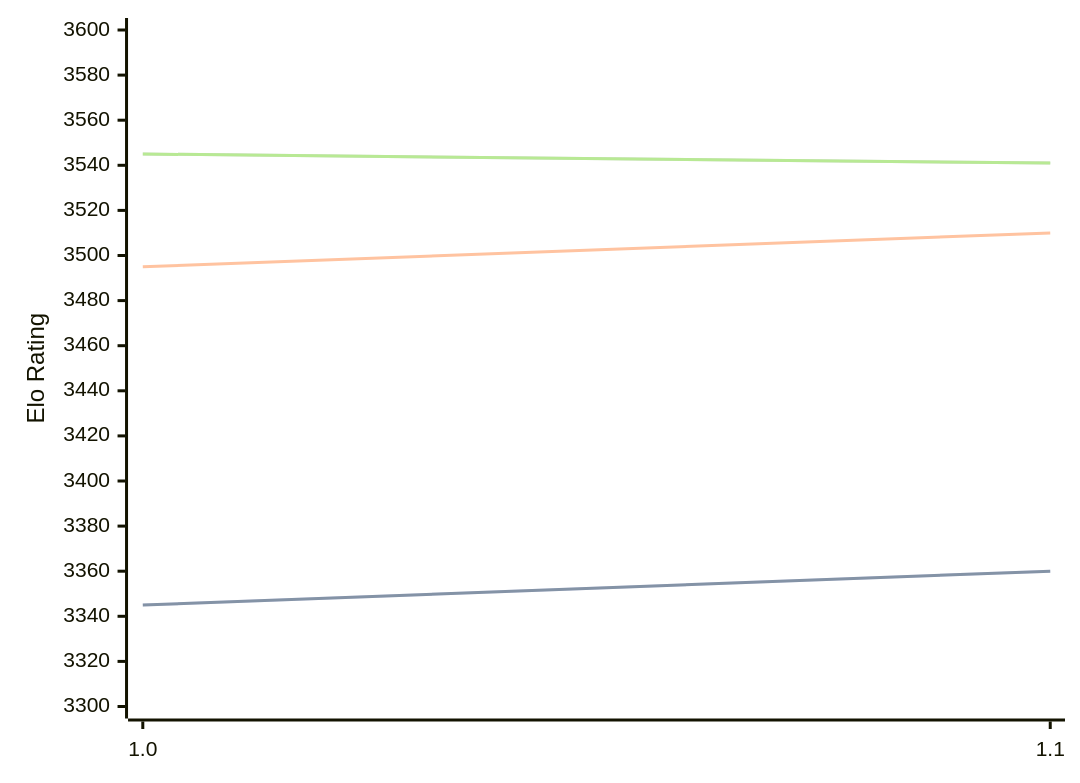
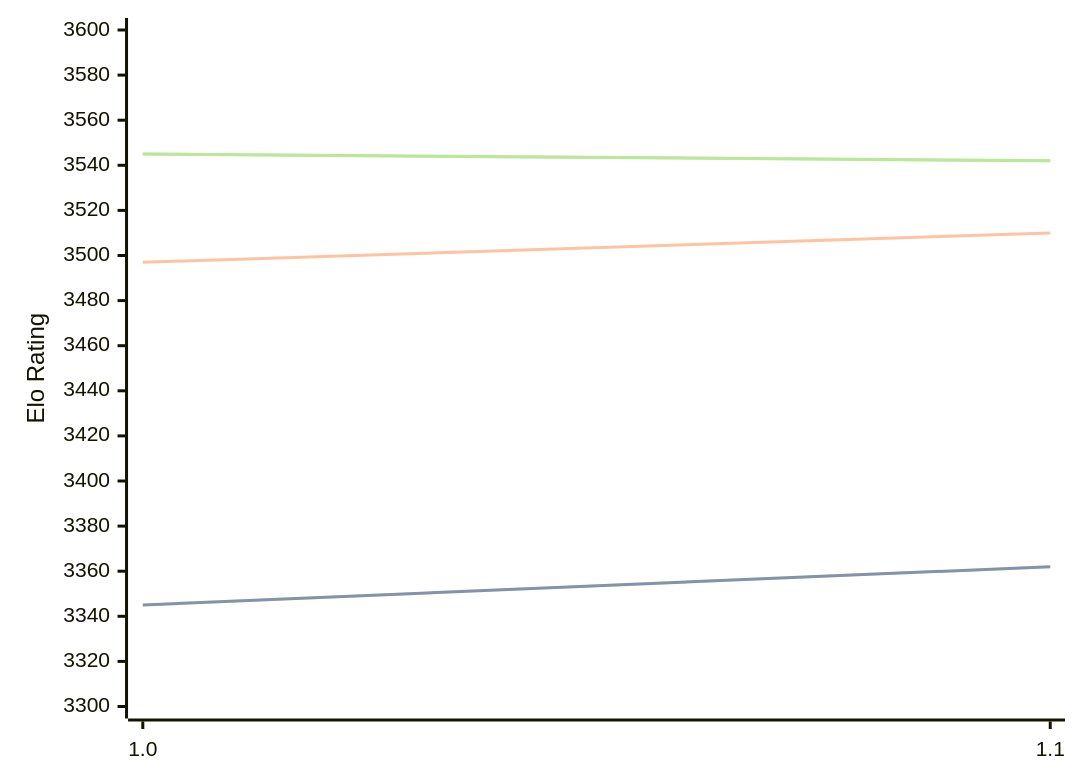
The diagram in engines/Horsie.md (computer-chess-index/cci), drawn with Mermaid before and after one commit. The commit also changed other lines of this file, not shown here.

Commit message:
Update CCI Ratings (ELO VLTC) - 2026-10-02

````diff
--- a/engines/Horsie.md
+++ b/engines/Horsie.md
@@ -32,11 +32,11 @@
 ```mermaid
 %%{init: {"theme":"base","themeVariables":{"seriesColors:['#a3a3a3','#222221','#faa371']}}}%%
 xychart-beta
   x-axis ["1.0", "1.1"]
   y-axis "Elo Rating" 3300 --> 3600
-  line "" [3345, 3360]
-  line "STC (8.0+0.08s)" [3345, 3360]
-  line "LTC (60.0+0.60s)" [3495, 3510]
-  line "" [3545, 3541]
-  line "VLTC (2m24s+1.12s)" [3545, 3541]
+  line "" [3345, 3362]
+  line "STC (8.0+0.08s)" [3345, 3362]
+  line "LTC (60.0+0.60s)" [3497, 3510]
+  line "" [3545, 3542]
+  line "VLTC (2m24s+1.12s)" [3545, 3542]
 ```
````
